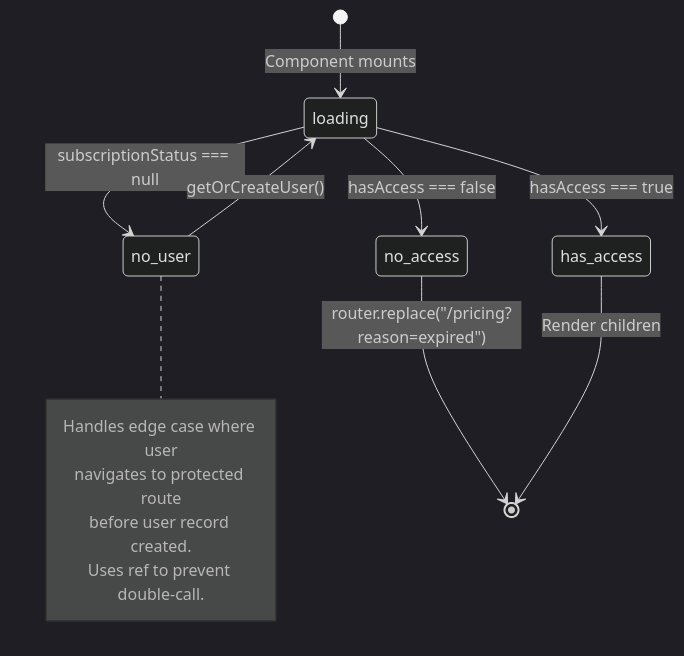
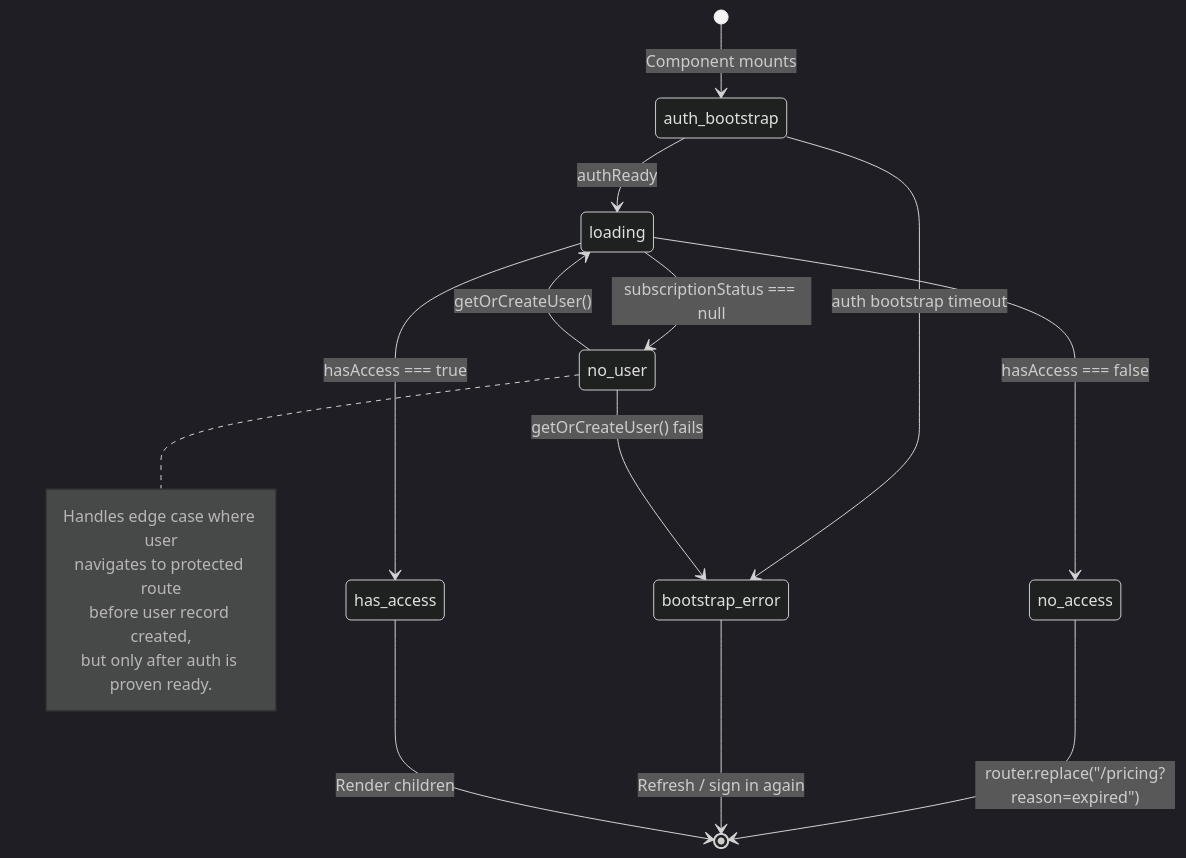
Before and after one commit to misty-step/volume: the first of 2 diagrams in docs/state-diagrams/paywall-gate.md, drawn with Mermaid (dark theme). The commit also changed other lines of this file and 16 other files, not shown here.

````diff
--- a/docs/state-diagrams/paywall-gate.md
+++ b/docs/state-diagrams/paywall-gate.md
@@ -16,20 +18,24 @@
 ```mermaid
 stateDiagram-v2
-    [*] --> loading: Component mounts
+    [*] --> auth_bootstrap: Component mounts
 
+    auth_bootstrap --> loading: authReady
+    auth_bootstrap --> bootstrap_error: auth bootstrap timeout
     loading --> no_user: subscriptionStatus === null
     loading --> has_access: hasAccess === true
     loading --> no_access: hasAccess === false
 
     no_user --> loading: getOrCreateUser()
+    no_user --> bootstrap_error: getOrCreateUser() fails
     note right of no_user
         Handles edge case where user
         navigates to protected route
-        before user record created.
-        Uses ref to prevent double-call.
+        before user record created,
+        but only after auth is proven ready.
     end note
 
     no_access --> [*]: router.replace("/pricing?reason=expired")
+    bootstrap_error --> [*]: Refresh / sign in again
 
     has_access --> [*]: Render children
 ```
````
